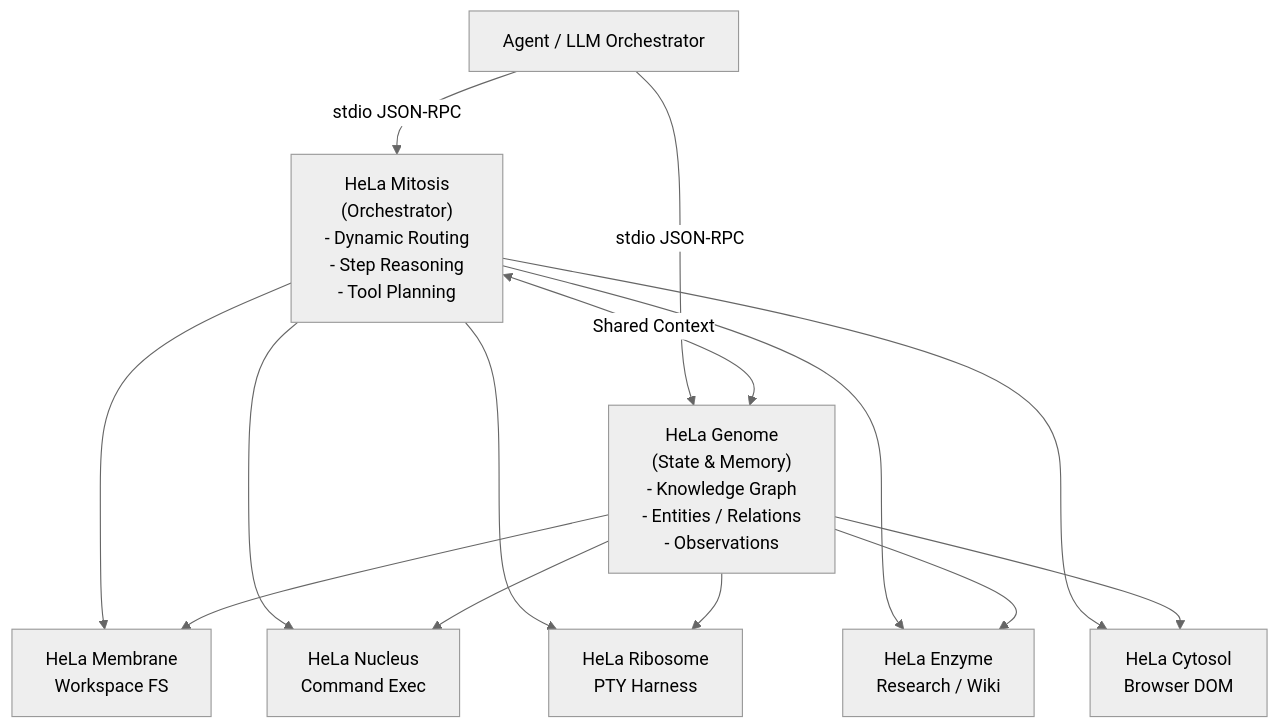
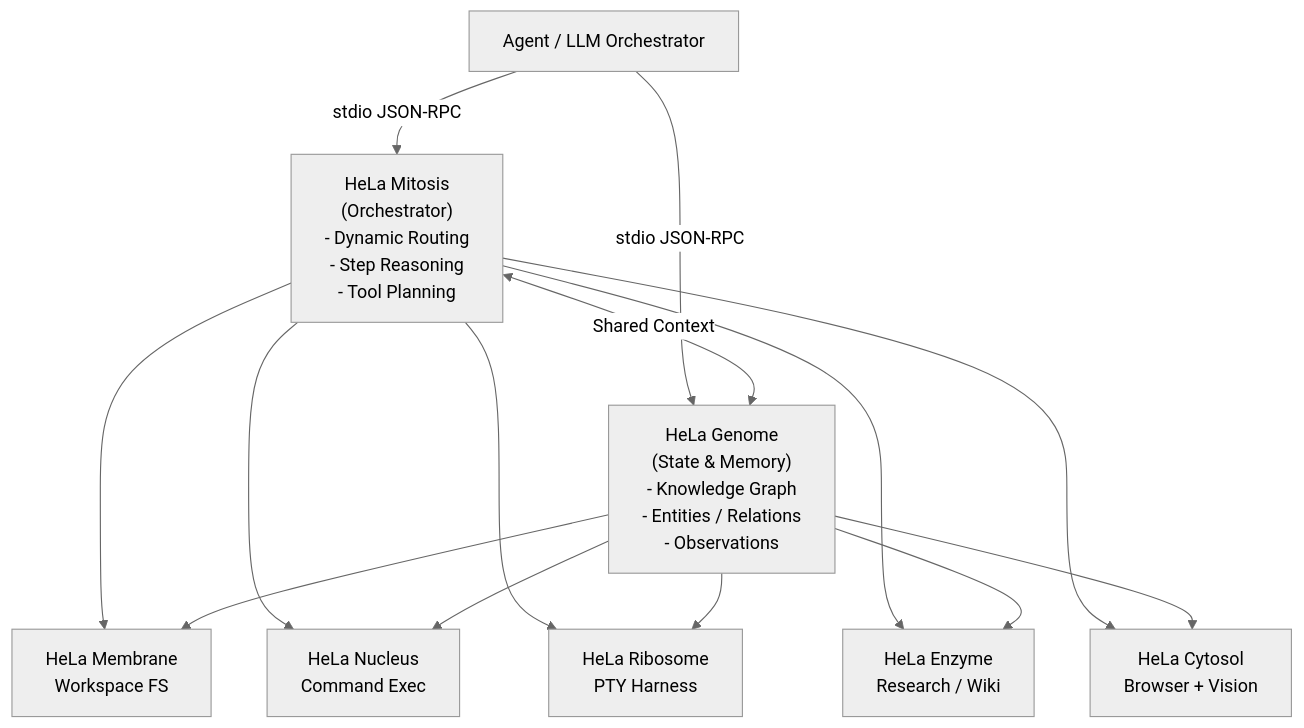
Before and after one commit to Hela-Ecosystem/hela-mcp-ecosystem: the diagram in README.md, drawn with Mermaid (neutral theme). The commit also changed other lines of this file and 20 other files, not shown here.

Commit message:
docs: synchronize public site with Cytosol vision release

````diff
--- a/README.md
+++ b/README.md
@@ -29,19 +29,19 @@
 ```mermaid
 flowchart TB
     Agent["Agent / LLM Orchestrator"]
 
     Mitosis["HeLa Mitosis<br/>(Orchestrator)<br/>- Dynamic Routing<br/>- Step Reasoning<br/>- Tool Planning"]
     Genome["HeLa Genome<br/>(State & Memory)<br/>- Knowledge Graph<br/>- Entities / Relations<br/>- Observations"]
 
     Membrane["HeLa Membrane<br/>Workspace FS"]
     Nucleus["HeLa Nucleus<br/>Command Exec"]
     Ribosome["HeLa Ribosome<br/>PTY Harness"]
     Enzyme["HeLa Enzyme<br/>Research / Wiki"]
-    Cytosol["HeLa Cytosol<br/>Browser DOM"]
+    Cytosol["HeLa Cytosol<br/>Browser + Vision"]
 
     Agent -- "stdio JSON-RPC" --> Mitosis
     Agent -- "stdio JSON-RPC" --> Genome
     Mitosis <-->|"Shared Context"| Genome
     Mitosis --> Membrane & Nucleus & Ribosome & Enzyme & Cytosol
     Genome --> Membrane & Nucleus & Ribosome & Enzyme & Cytosol
 ```
````
